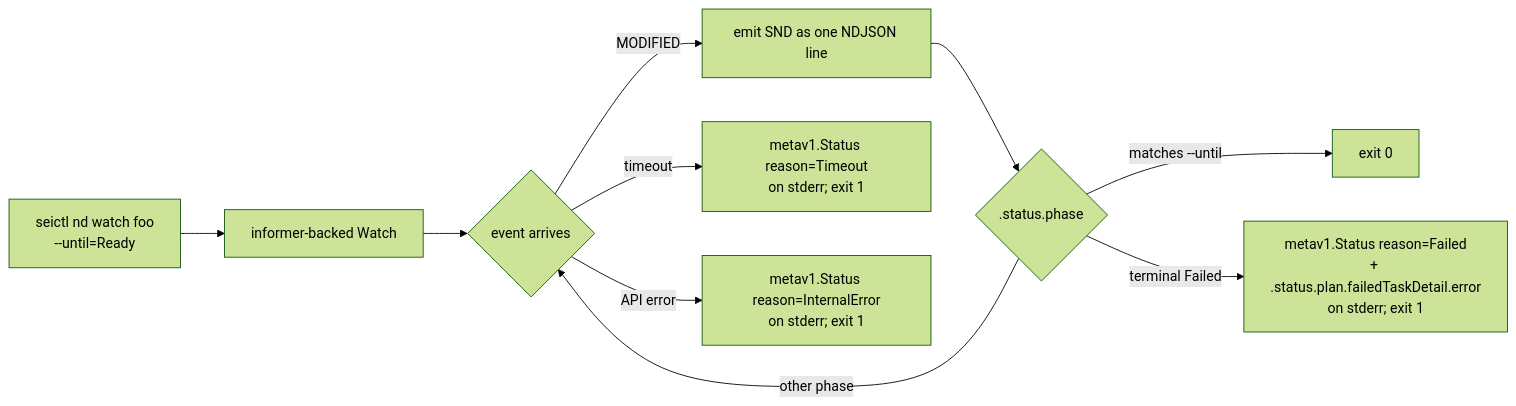
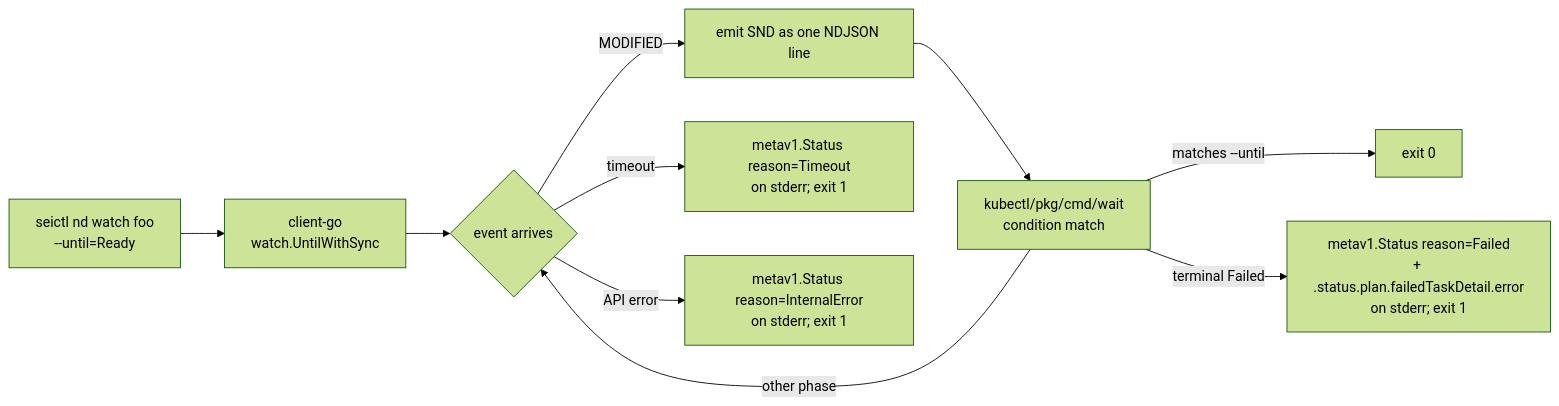
One commit to sei-protocol/seictl changed the second of 2 diagrams in docs/design/nodedeployment-cli.md. Above: the diagram before and after it, drawn with Mermaid (forest theme). The commit also changed other lines of this file, not shown here.

First line of the commit message:
docs(nodedeployment-cli): build on client-go libs; drop endpoint stop-gap

````diff
--- a/docs/design/nodedeployment-cli.md
+++ b/docs/design/nodedeployment-cli.md
@@ -75,12 +75,12 @@
 ```mermaid
 flowchart LR
-  A[seictl nd watch foo<br/>--until=Ready] --> B[informer-backed Watch]
+  A[seictl nd watch foo<br/>--until=Ready] --> B[client-go<br/>watch.UntilWithSync]
   B --> C{event arrives}
   C -->|MODIFIED| D[emit SND as one NDJSON line]
-  D --> E{.status.phase}
+  D --> E[kubectl/pkg/cmd/wait<br/>condition match]
   E -->|matches --until| F[exit 0]
   E -->|terminal Failed| G[metav1.Status reason=Failed<br/>+ .status.plan.failedTaskDetail.error<br/>on stderr; exit 1]
   E -->|other phase| C
   C -->|timeout| H[metav1.Status reason=Timeout<br/>on stderr; exit 1]
   C -->|API error| I[metav1.Status reason=InternalError<br/>on stderr; exit 1]
 ```
````
